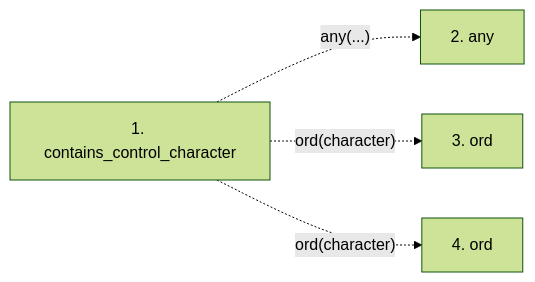
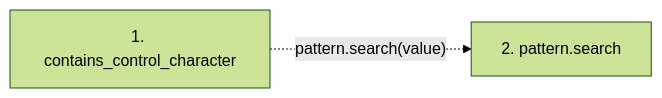
One commit to Denissvgn/python-wiki-llm changed the second of 2 diagrams in docs/llm_wiki/flows/api-contains_control_character.md. Above: the diagram before and after it, drawn with Mermaid (forest theme). The commit also changed other lines of this file and 865 other files, not shown here.

````diff
--- a/docs/llm_wiki/flows/api-contains_control_character.md
+++ b/docs/llm_wiki/flows/api-contains_control_character.md
@@ -23,11 +20,7 @@
 ```mermaid
 flowchart LR
     s1["1. contains_control_character"]
-    s2["2. any"]
-    s3["3. ord"]
-    s4["4. ord"]
-    s1 -. "any(...)" .-> s2
-    s1 -. "ord(character)" .-> s3
-    s1 -. "ord(character)" .-> s4
+    s2["2. pattern.search"]
+    s1 -. "pattern.search(value)" .-> s2
     click s1 "../modules/validation.md"
 ```
````
